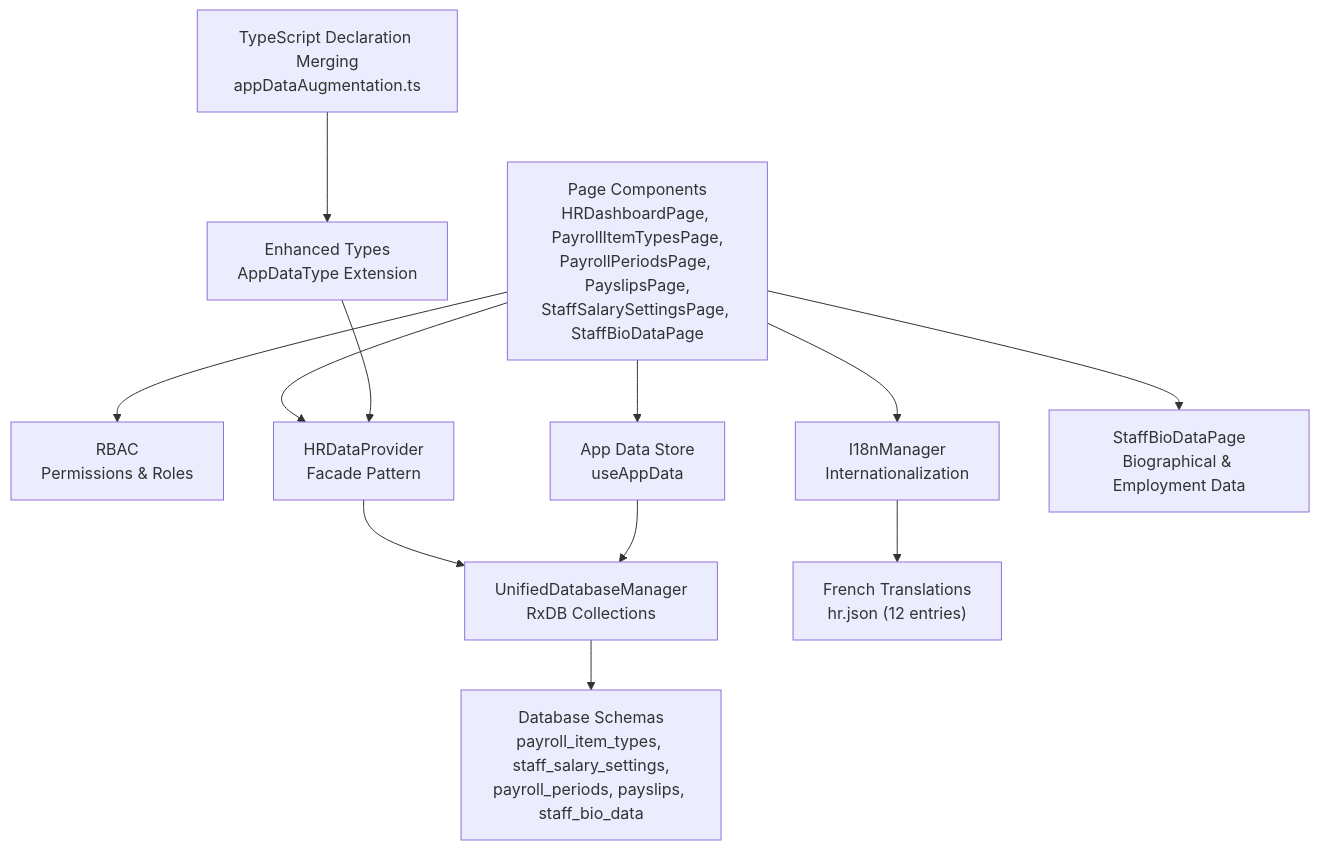
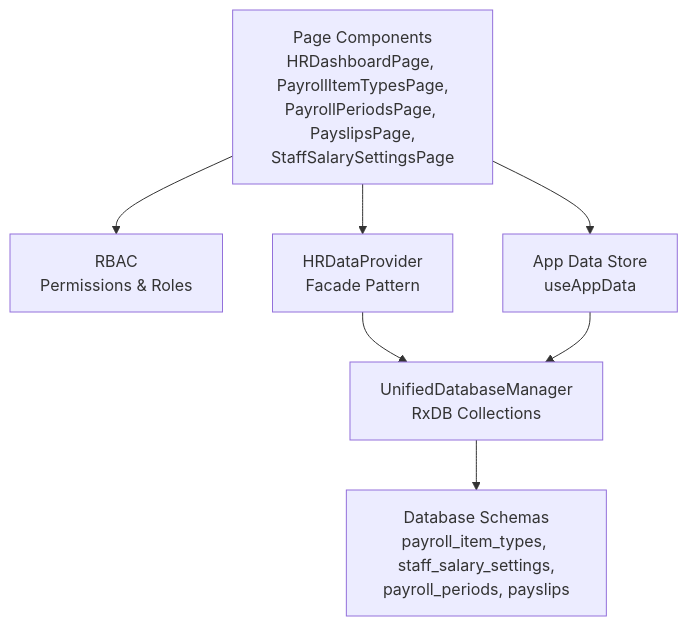
The second of 11 diagrams in .qoder/repowiki/en/content/Modules System/HR Module.md (geniusdynamics/schoolpilot), drawn with Mermaid before and after one commit. The commit also changed other lines of this file and 311 other files, not shown here.

````diff
--- a/.qoder/repowiki/en/content/Modules System/HR Module.md
+++ b/.qoder/repowiki/en/content/Modules System/HR Module.md
@@ -152,25 +113,15 @@
 ```mermaid
 graph TB
-UI["Page Components<br/>HRDashboardPage, PayrollItemTypesPage,<br/>PayrollPeriodsPage, PayslipsPage,<br/>StaffSalarySettingsPage, StaffBioDataPage"]
+UI["Page Components<br/>HRDashboardPage, PayrollItemTypesPage,<br/>PayrollPeriodsPage, PayslipsPage,<br/>StaffSalarySettingsPage"]
 RBAC["RBAC<br/>Permissions & Roles"]
 FACADE["HRDataProvider<br/>Facade Pattern"]
 DB["UnifiedDatabaseManager<br/>RxDB Collections"]
-SCHEMA["Database Schemas<br/>payroll_item_types, staff_salary_settings,<br/>payroll_periods, payslips, staff_bio_data"]
+SCHEMA["Database Schemas<br/>payroll_item_types, staff_salary_settings,<br/>payroll_periods, payslips"]
 STORE["App Data Store<br/>useAppData"]
-I18N["I18nManager<br/>Internationalization"]
-FRENCH["French Translations<br/>hr.json (12 entries)"]
-STAFFBIO["StaffBioDataPage<br/>Biographical & Employment Data"]
-AUG["TypeScript Declaration Merging<br/>appDataAugmentation.ts"]
-TYPES["Enhanced Types<br/>AppDataType Extension"]
 UI --> RBAC
 UI --> FACADE
-UI --> I18N
-UI --> STAFFBIO
-I18N --> FRENCH
 FACADE --> DB
 DB --> SCHEMA
 UI --> STORE
 STORE --> DB
-AUG --> TYPES
-TYPES --> FACADE
 ```
````
